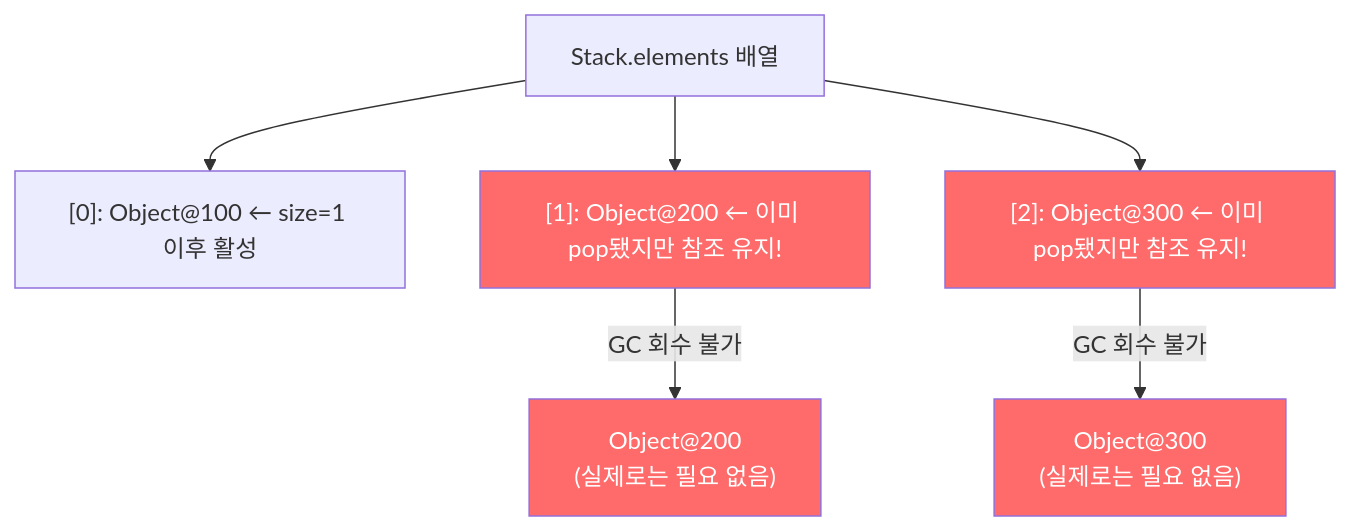
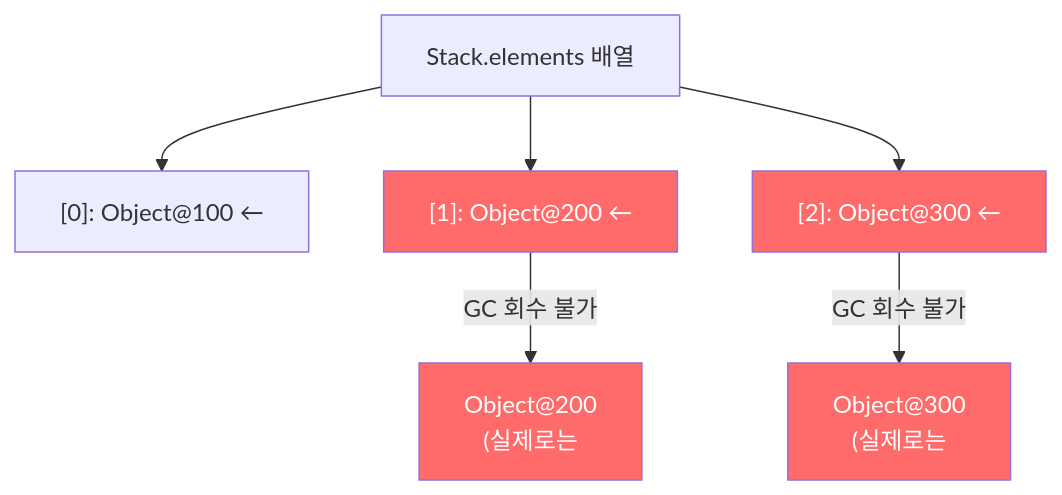
Before and after one commit to yjkim2015/yjkim2015.github.io: the first of 4 diagrams in _posts/java/2021-12-20-effective-java7.md, drawn with Mermaid. The commit also changed other lines of this file and 271 other files, not shown here.

First line of the commit message:
Mermaid 라벨 축소: 긴 노드 텍스트 18자 이하로 트림 + \n 제거

````diff
--- a/_posts/java/2021-12-20-effective-java7.md
+++ b/_posts/java/2021-12-20-effective-java7.md
@@ -51,12 +51,12 @@
 ```mermaid
 graph TD
-    A["Stack.elements 배열"] --> B["[0]: Object@100 ← size=1 이후 활성"]
-    A --> C["[1]: Object@200 ← 이미 pop됐지만 참조 유지!"]
-    A --> D["[2]: Object@300 ← 이미 pop됐지만 참조 유지!"]
-    C -->|"GC 회수 불가"| E["Object@200\n(실제로는 필요 없음)"]
-    D -->|"GC 회수 불가"| F["Object@300\n(실제로는 필요 없음)"]
+    A["Stack.elements 배열"] --> B["[0]: Object@100 ←"]
+    A --> C["[1]: Object@200 ←"]
+    A --> D["[2]: Object@300 ←"]
+    C -->|"GC 회수 불가"| E["Object@200\n(실제로는"]
+    D -->|"GC 회수 불가"| F["Object@300\n(실제로는"]
     style C fill:#ff6b6b,color:#fff
     style D fill:#ff6b6b,color:#fff
     style E fill:#ff6b6b,color:#fff
     style F fill:#ff6b6b,color:#fff
 ```
````
